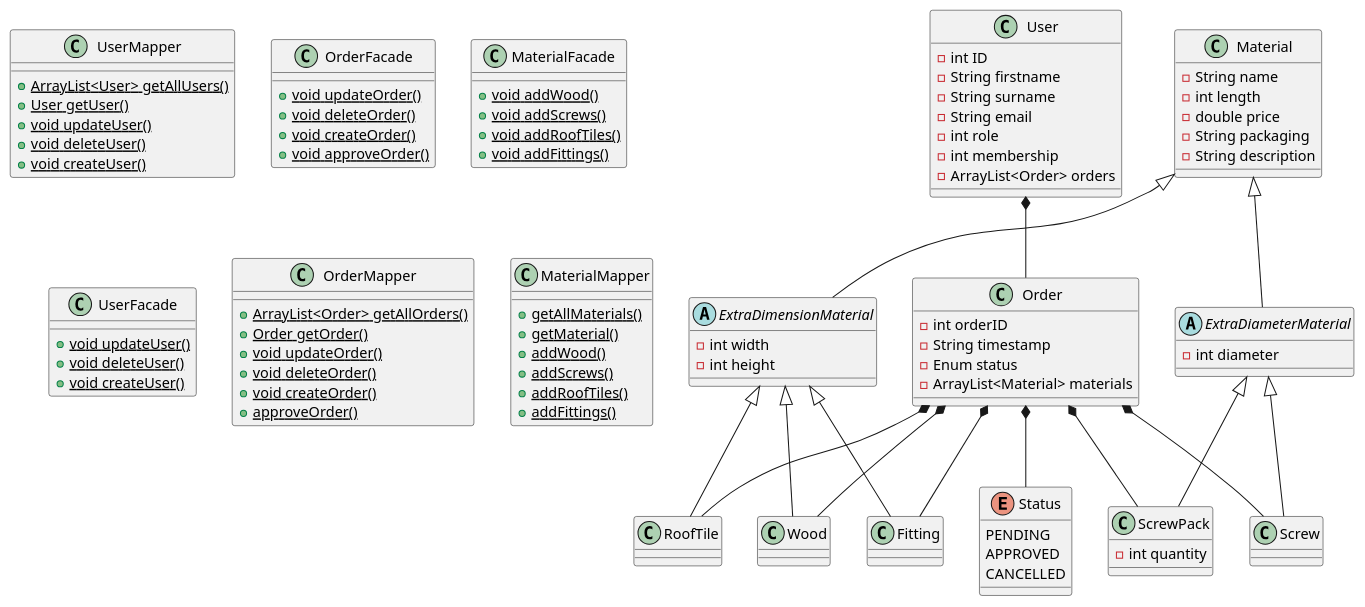
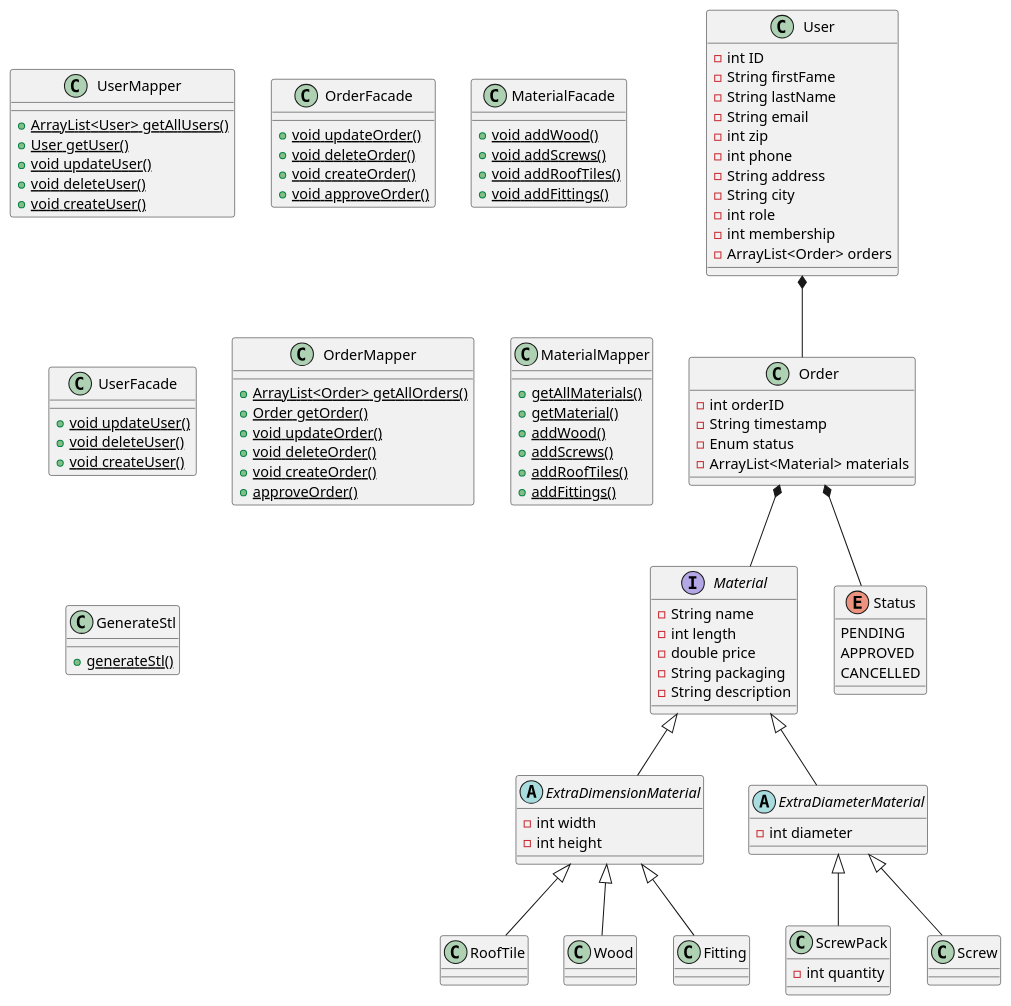
The diagram in documentation/ClassDiagramV3.puml (HeinLarsen/fog-carport), drawn with PlantUML before and after one commit. The commit also changed 2 other files, not shown here.

```diff
--- a/documentation/ClassDiagramV3.puml
+++ b/documentation/ClassDiagramV3.puml
@@ -1,123 +1,126 @@
 @startuml
 'https://plantuml.com/class-diagram
 
 class User {
 - int ID
-- String firstname
-- String surname
+- String firstFame
+- String lastName
 - String email
+- int zip
+- int phone
+- String address
+- String city
 - int role
 - int membership
 - ArrayList<Order> orders
 }
 
 class Order {
 - int orderID
 - String timestamp
 - Enum status
 - ArrayList<Material> materials
 }
 
 class UserMapper{
 + {static} ArrayList<User> getAllUsers()
 + {static} User getUser()
 + {static} void updateUser()
 + {static} void deleteUser()
 + {static} void createUser()
 }
 
 class OrderFacade{
 + {static} void updateOrder()
 + {static} void deleteOrder()
 + {static} void createOrder()
 + {static} void approveOrder()
 }
 
 class MaterialFacade{
 + {static} void addWood()
 + {static} void addScrews()
 + {static} void addRoofTiles()
 + {static} void addFittings()
 }
 
 class UserFacade{
 + {static} void updateUser()
 + {static} void deleteUser()
 + {static} void createUser()
 }
 
 class OrderMapper{
 + {static} ArrayList<Order> getAllOrders()
 + {static} Order getOrder()
 + {static} void updateOrder()
 + {static} void deleteOrder()
 + {static} void createOrder()
 + {static} approveOrder()
 }
 
 class MaterialMapper{
 + {static} getAllMaterials()
 + {static} getMaterial()
 + {static} addWood()
 + {static} addScrews()
 + {static} addRoofTiles()
 + {static} addFittings()
 }
 
-class Material {
-    - String name
-    - int length
-    - double price
-    - String packaging
-    - String description
+class GenerateStl {
++ {static} generateStl()
+}
+
+interface Material {
+- String name
+- int length
+- double price
+- String packaging
+- String description
 }
 
 abstract class ExtraDimensionMaterial {
-    - int width
-    - int height
+- int width
+- int height
 }
 
 class RoofTile {
 }
 
 class Wood {
 }
 
 class Fitting {
 }
 
 abstract class ExtraDiameterMaterial {
-    - int diameter
+- int diameter
 }
 
 class ScrewPack {
-    - int quantity
+- int quantity
 }
 
 class Screw {
 }
 
 Enum Status {
     PENDING
     APPROVED
     CANCELLED
 }
 
 Material <|-- ExtraDimensionMaterial
 ExtraDimensionMaterial <|-- RoofTile
 ExtraDimensionMaterial <|-- Wood
 ExtraDimensionMaterial <|-- Fitting
 Material <|-- ExtraDiameterMaterial
 ExtraDiameterMaterial <|-- ScrewPack
 ExtraDiameterMaterial <|-- Screw
 
-
-Order *-- Screw
-Order *-- ScrewPack
-Order *-- Fitting
-Order *-- RoofTile
-Order *-- Wood
+Order *-- Material
 Order *-- Status
 User *-- Order
 
 @enduml
```
